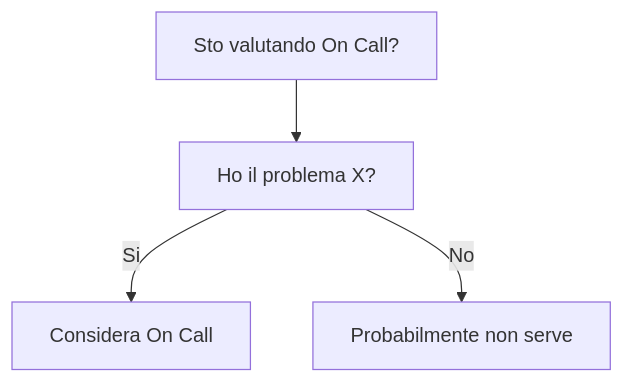
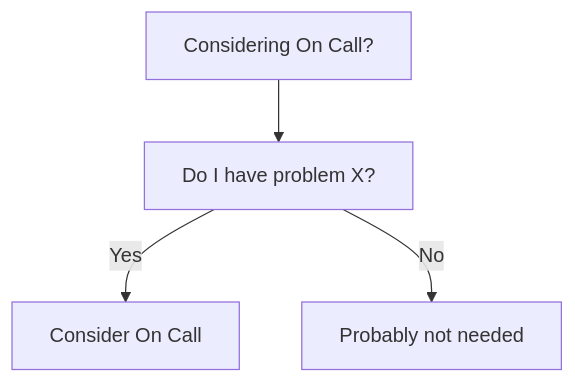
The diagram in dev-wiki/12_Observability/On_Call/When_To_Use.md (HxT9/Software-Dev-Wiki), drawn with Mermaid before and after one commit. The commit also changed other lines of this file and 3444 other files, not shown here.

````diff
--- a/dev-wiki/12_Observability/On_Call/When_To_Use.md
+++ b/dev-wiki/12_Observability/On_Call/When_To_Use.md
@@ -19,6 +19,6 @@
 ```mermaid
 flowchart TD
-  Q[Sto valutando On Call?] --> Q1[Ho il problema X?]
-  Q1 -->|Si| OK[Considera On Call]
-  Q1 -->|No| NO[Probabilmente non serve]
+  Q[Considering On Call?] --> Q1[Do I have problem X?]
+  Q1 -->|Yes| OK[Consider On Call]
+  Q1 -->|No| NO[Probably not needed]
 ```
````
